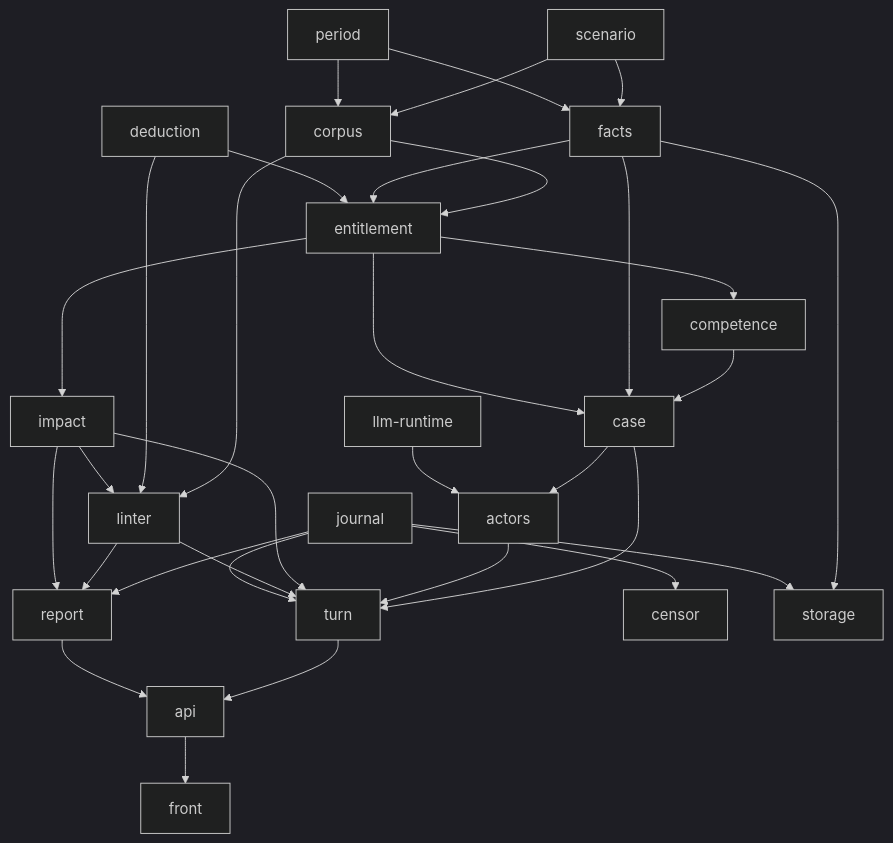
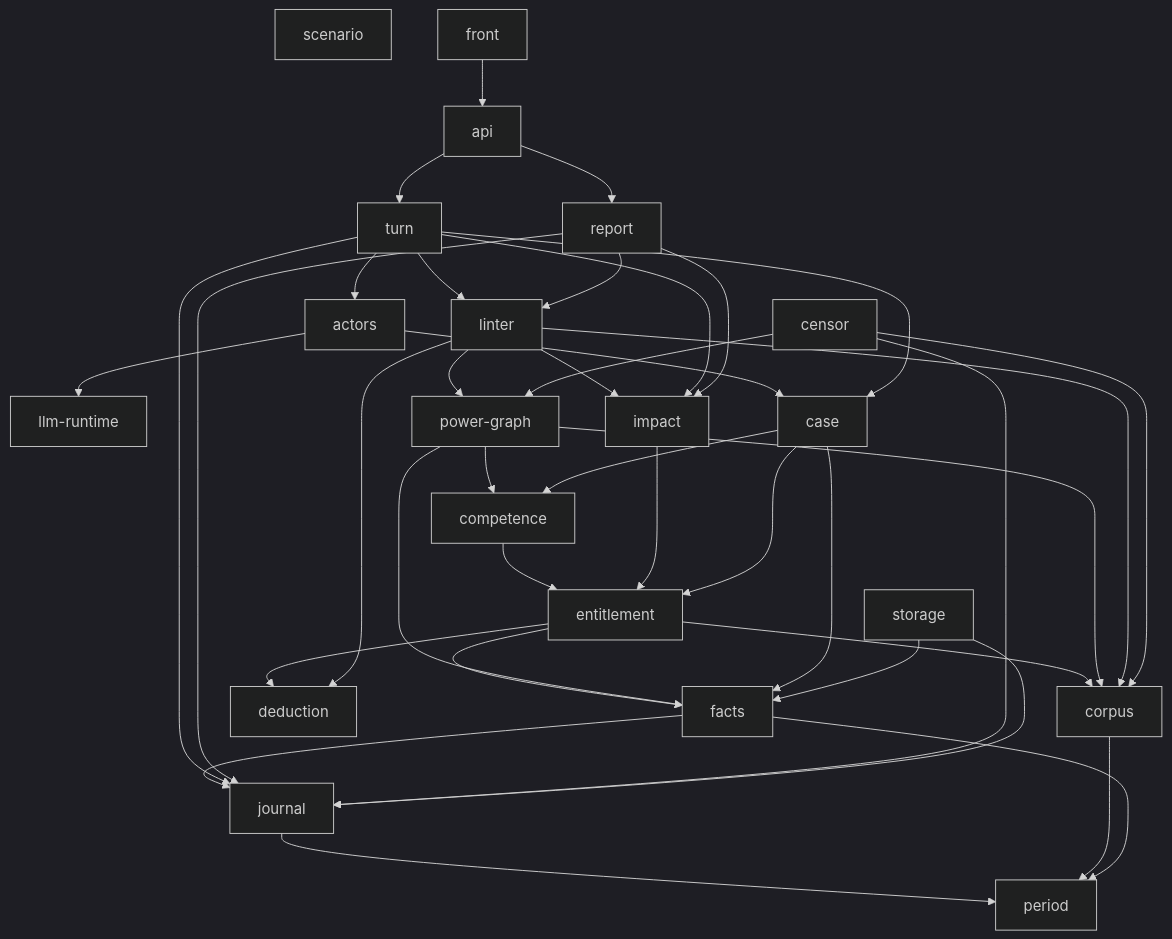
Before and after one commit to heaprip/intercessio: the fourth of 4 diagrams in docs/design/README.md, drawn with Mermaid (dark theme). The commit also changed other lines of this file and 52 other files, not shown here.

````diff
--- a/docs/design/README.md
+++ b/docs/design/README.md
@@ -53,34 +172,44 @@
 ```mermaid
-graph TD
-  scenario[scenario] --> corpus
-  scenario --> facts
-  period[period] --> corpus[corpus]
-  period --> facts[facts]
-  corpus --> entitlement[entitlement]
-  facts --> entitlement
-  deduction[deduction] --> entitlement
-  entitlement --> competence[competence]
-  entitlement --> impact[impact]
-  corpus --> linter[linter]
-  deduction --> linter
-  impact --> linter
-  competence --> case[case]
-  facts --> case
-  entitlement --> case
-  case --> actors[actors]
-  llmrt[llm-runtime] --> actors
-  case --> turn[turn]
-  actors --> turn
-  impact --> turn
-  linter --> turn
-  journal[journal] --> turn
-  journal --> report[report]
-  linter --> report
-  impact --> report
-  turn --> api[api]
-  report --> api
-  api --> front[front]
-  journal --> censor[censor]
-  facts --> storage[storage]
-  journal --> storage
+flowchart TD
+  %% components
+  scenario
+  llm_runtime[llm-runtime]
+  power_graph[power-graph]
+  journal --> period
+  corpus --> period
+  facts --> period
+  facts --> journal
+  entitlement --> corpus
+  entitlement --> facts
+  entitlement --> deduction
+  competence --> entitlement
+  impact --> entitlement
+  power_graph --> corpus
+  power_graph --> facts
+  power_graph --> competence
+  linter --> corpus
+  linter --> deduction
+  linter --> impact
+  linter --> power_graph
+  case --> competence
+  case --> facts
+  case --> entitlement
+  actors --> case
+  actors --> llm_runtime
+  turn --> case
+  turn --> actors
+  turn --> impact
+  turn --> linter
+  turn --> journal
+  report --> journal
+  report --> linter
+  report --> impact
+  api --> turn
+  api --> report
+  front --> api
+  censor --> journal
+  censor --> corpus
+  censor --> power_graph
+  storage --> facts
+  storage --> journal
 ```
````
